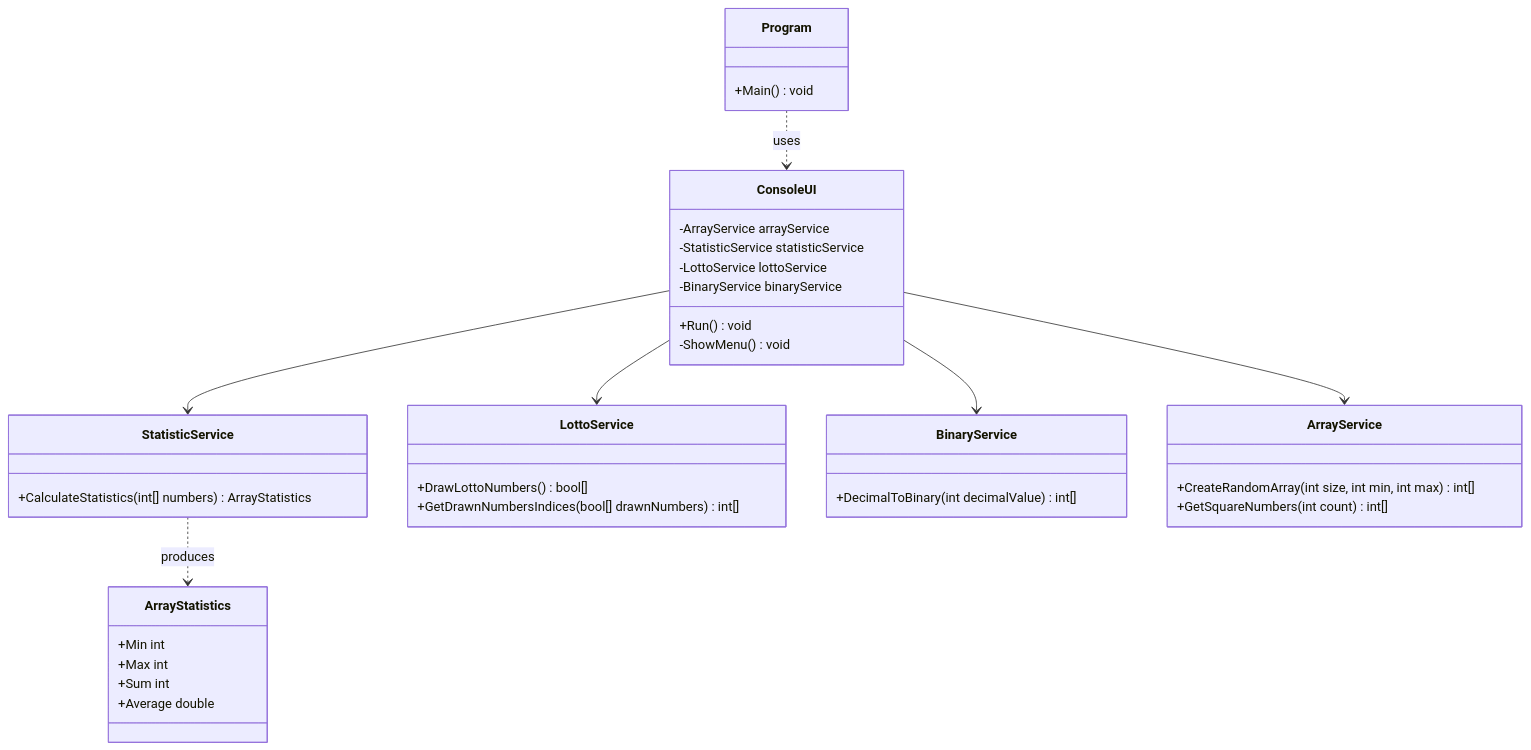
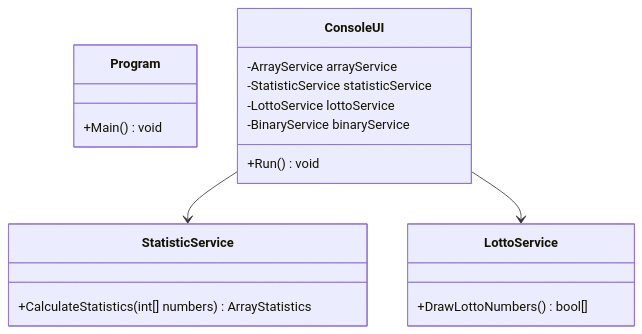
Before and after one commit to T-Boyke/C-Sharp-OOP-Fundamentals: the diagram in 06_Arrays/README.md, drawn with Mermaid. The commit also changed other lines of this file and 5 other files, not shown here.

````diff
--- a/06_Arrays/README.md
+++ b/06_Arrays/README.md
@@ -44,47 +88,25 @@
 ```mermaid
 classDiagram
     class Program {
         +Main() void
     }
     
     class ConsoleUI {
         -ArrayService arrayService
         -StatisticService statisticService
         -LottoService lottoService
         -BinaryService binaryService
         +Run() void
-        -ShowMenu() void
     }
 
     class StatisticService {
         +CalculateStatistics(int[] numbers) ArrayStatistics
     }
 
-    class ArrayStatistics {
-        +Min int
-        +Max int
-        +Sum int
-        +Average double
+    class LottoService {
+        +DrawLottoNumbers() bool[]
     }
 
-    class LottoService {
-        +DrawLottoNumbers() bool[]
-        +GetDrawnNumbersIndices(bool[] drawnNumbers) int[]
-    }
-
-    class BinaryService {
-        +DecimalToBinary(int decimalValue) int[]
-    }
-    
-    class ArrayService {
-        +CreateRandomArray(int size, int min, int max) int[]
-        +GetSquareNumbers(int count) int[]
-    }
-
-    Program ..> ConsoleUI : uses
     ConsoleUI --> StatisticService
     ConsoleUI --> LottoService
-    ConsoleUI --> BinaryService
-    ConsoleUI --> ArrayService
-    StatisticService ..> ArrayStatistics : produces
 ```
````
